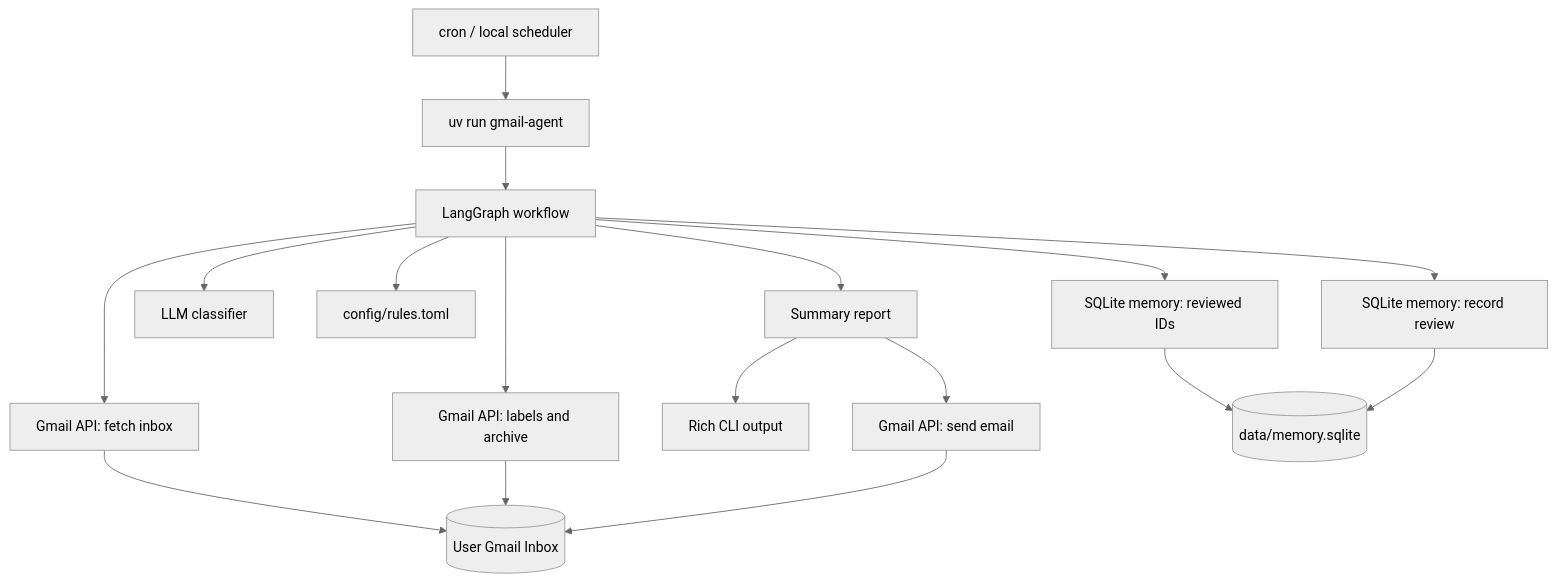
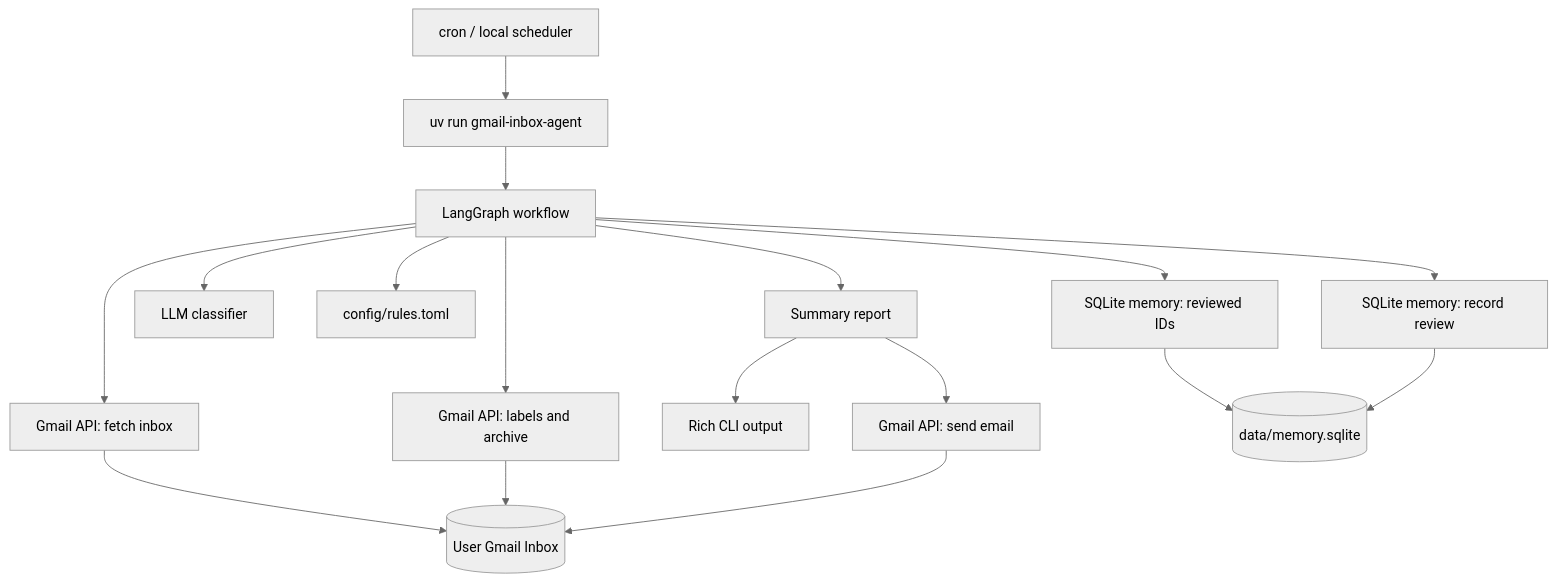
The first of 7 diagrams in gmail-inbox-agent/docs/Architecture.md (brandocomando/my_agentic_team), drawn with Mermaid (neutral theme) before and after one commit. The commit also changed other lines of this file and 17 other files, not shown here.

First line of the commit message:
fix(gmail-inbox-agent): Skip release tests on main, and standardize on naming convention (#2)

````diff
--- a/gmail-inbox-agent/docs/Architecture.md
+++ b/gmail-inbox-agent/docs/Architecture.md
@@ -9,20 +9,20 @@
 ```mermaid
 flowchart TD
-    Cron["cron / local scheduler"] --> CLI["uv run gmail-agent"]
+    Cron["cron / local scheduler"] --> CLI["uv run gmail-inbox-agent"]
     CLI --> Graph["LangGraph workflow"]
     Graph --> GmailFetch["Gmail API: fetch inbox"]
     Graph --> MemoryRead["SQLite memory: reviewed IDs"]
     Graph --> Classifier["LLM classifier"]
     Graph --> Rules["config/rules.toml"]
     Graph --> GmailActions["Gmail API: labels and archive"]
     Graph --> MemoryWrite["SQLite memory: record review"]
     Graph --> Summary["Summary report"]
     Summary --> Console["Rich CLI output"]
     Summary --> GmailSend["Gmail API: send email"]
 
     GmailFetch --> Inbox[("User Gmail Inbox")]
     GmailActions --> Inbox
     GmailSend --> Inbox
     MemoryRead --> DB[("data/memory.sqlite")]
     MemoryWrite --> DB
 ```
````
